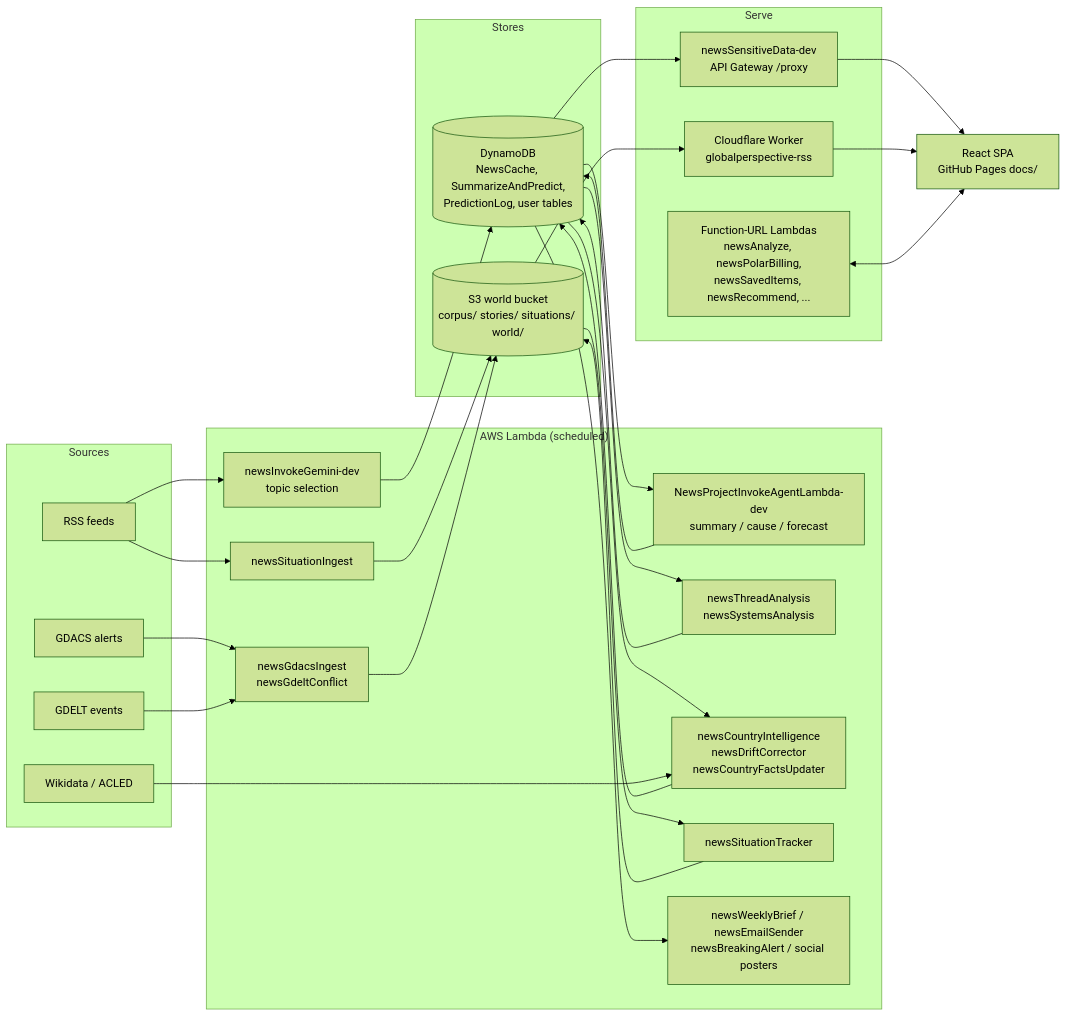
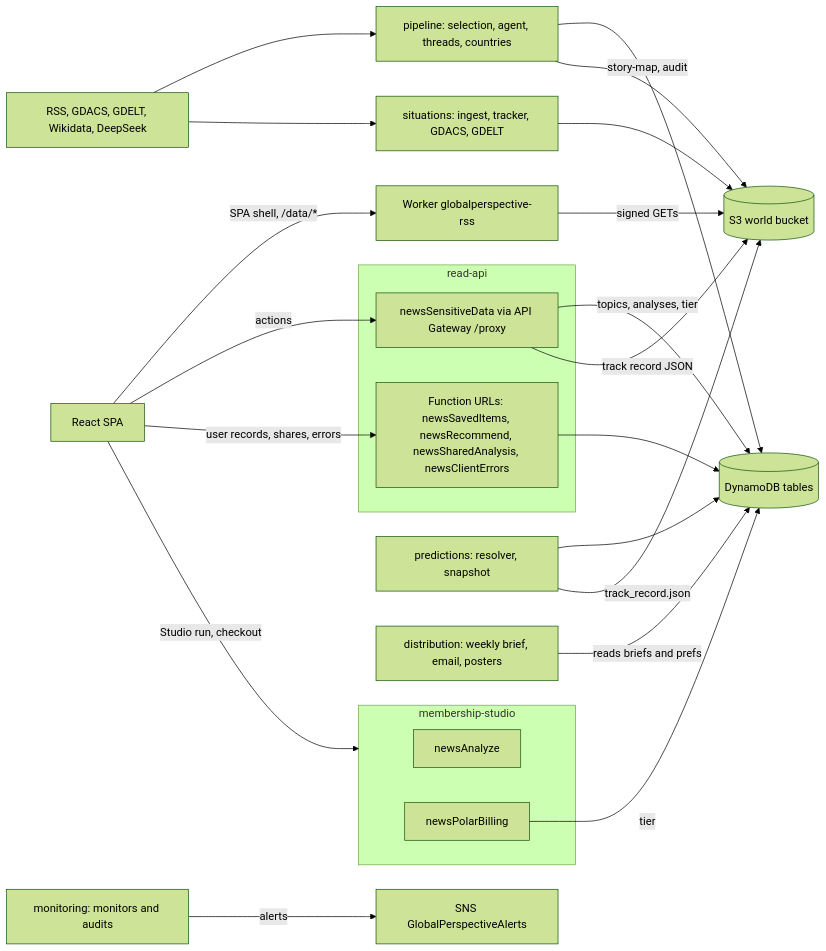
One commit to BenBen05059997/globalPerspective-v1 changed the second of 9 diagrams in project-docs/architecture/ARCHITECTURE.md. Above: the diagram before and after it, drawn with Mermaid (forest theme). The commit also changed other lines of this file and 2 other files, not shown here.

First line of the commit message:
ARCHITECTURE gains context and container pictures plus one flow per data path; new STATUS.md lists in-progress work, parked items and open decisions with sources

````diff
--- a/project-docs/architecture/ARCHITECTURE.md
+++ b/project-docs/architecture/ARCHITECTURE.md
@@ -20,42 +67,39 @@
 ```mermaid
 flowchart LR
-  subgraph Sources
-    RSS[RSS feeds]
-    GDACS[GDACS alerts]
-    GDELT[GDELT events]
-    WD[Wikidata / ACLED]
+  spa[React SPA]
+  worker[Worker globalperspective-rss]
+  subgraph read[read-api]
+    proxy[newsSensitiveData via API Gateway /proxy]
+    fn[Function URLs: newsSavedItems, newsRecommend, newsSharedAnalysis, newsClientErrors]
   end
-  subgraph Lambdas["AWS Lambda (scheduled)"]
-    SEL[newsInvokeGemini-dev<br/>topic selection]
-    AGT[NewsProjectInvokeAgentLambda-dev<br/>summary / cause / forecast]
-    THR[newsThreadAnalysis<br/>newsSystemsAnalysis]
-    CTY[newsCountryIntelligence<br/>newsDriftCorrector<br/>newsCountryFactsUpdater]
-    SIN[newsSituationIngest]
-    GIN[newsGdacsIngest<br/>newsGdeltConflict]
-    TRK[newsSituationTracker]
-    DIST[newsWeeklyBrief / newsEmailSender<br/>newsBreakingAlert / social posters]
+  subgraph member[membership-studio]
+    ana[newsAnalyze]
+    bill[newsPolarBilling]
   end
-  subgraph Stores
-    DDB[(DynamoDB<br/>NewsCache, SummarizeAndPredict,<br/>PredictionLog, user tables)]
-    S3[(S3 world bucket<br/>corpus/ stories/ situations/ world/)]
-  end
-  subgraph Serve
-    PROXY[newsSensitiveData-dev<br/>API Gateway /proxy]
-    URLS[Function-URL Lambdas<br/>newsAnalyze, newsPolarBilling,<br/>newsSavedItems, newsRecommend, ...]
-    CFW[Cloudflare Worker<br/>globalperspective-rss]
-  end
-  FE[React SPA<br/>GitHub Pages docs/]
-  RSS --> SEL --> DDB
-  DDB --> AGT --> DDB
-  DDB --> THR --> DDB
-  DDB --> CTY --> DDB
-  WD --> CTY
-  RSS --> SIN --> S3
-  GDACS --> GIN --> S3
-  GDELT --> GIN
-  S3 --> TRK --> S3
-  DDB --> DIST
-  DDB --> PROXY --> FE
-  S3 --> CFW --> FE
-  URLS <--> FE
+  pipe[pipeline: selection, agent, threads, countries]
+  sit[situations: ingest, tracker, GDACS, GDELT]
+  pred[predictions: resolver, snapshot]
+  dist[distribution: weekly brief, email, posters]
+  mon[monitoring: monitors and audits]
+  ddb[(DynamoDB tables)]
+  s3[(S3 world bucket)]
+  ext[RSS, GDACS, GDELT, Wikidata, DeepSeek]
+  spa -->|SPA shell, /data/*| worker
+  worker -->|signed GETs| s3
+  spa -->|actions| proxy
+  spa -->|user records, shares, errors| fn
+  spa -->|Studio run, checkout| member
+  proxy -->|topics, analyses, tier| ddb
+  proxy -->|track record JSON| s3
+  fn --> ddb
+  bill -->|tier| ddb
+  ext --> pipe
+  ext --> sit
+  pipe --> ddb
+  pipe -->|story-map, audit| s3
+  sit --> s3
+  pred --> ddb
+  pred -->|track_record.json| s3
+  dist -->|reads briefs and prefs| ddb
+  mon -->|alerts| sns[SNS GlobalPerspectiveAlerts]
 ```
````
